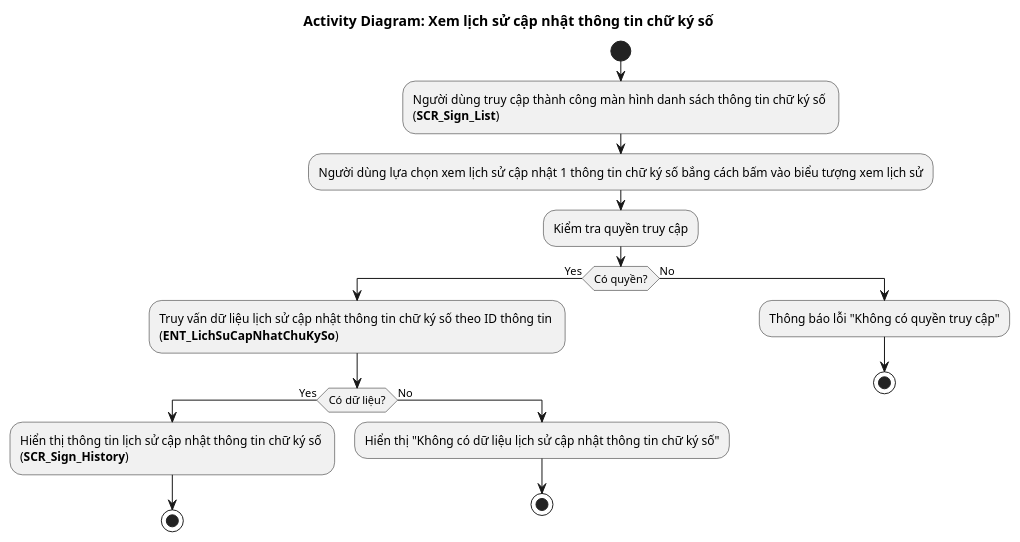
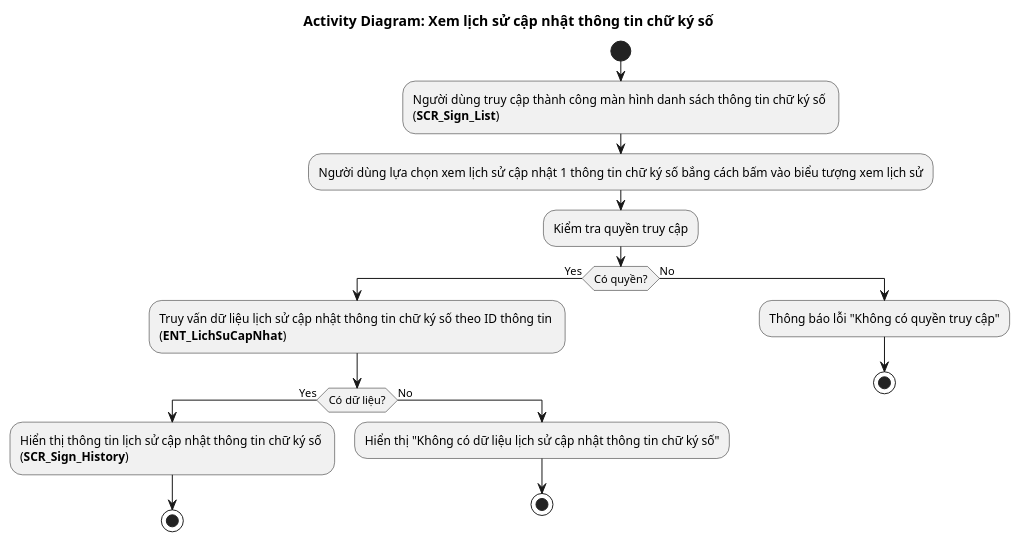
One commit to phuongpm23/nds-docs-test changed the diagram in Quản lý công chứng viên/4.usecases/ChuKySo/XemLichSu/AD_Sign_History.puml. Above: the diagram before and after it, drawn with PlantUML. The commit also changed 26 other files, not shown here.

Commit message:
Update ERD

```diff
--- a/Quản lý công chứng viên/4.usecases/ChuKySo/XemLichSu/AD_Sign_History.puml
+++ b/Quản lý công chứng viên/4.usecases/ChuKySo/XemLichSu/AD_Sign_History.puml
@@ -1,22 +1,22 @@
 @startuml AD_Sign_History
 !pragma layout smetana
 title Activity Diagram: Xem lịch sử cập nhật thông tin chữ ký số
 
 start
 :Người dùng truy cập thành công màn hình danh sách thông tin chữ ký số \n(**SCR_Sign_List**);
 :Người dùng lựa chọn xem lịch sử cập nhật 1 thông tin chữ ký số bắng cách bấm vào biểu tượng xem lịch sử;
 :Kiểm tra quyền truy cập;
 if (Có quyền?) then (Yes)
-  :Truy vấn dữ liệu lịch sử cập nhật thông tin chữ ký số theo ID thông tin \n(**ENT_LichSuCapNhatChuKySo**);
+  :Truy vấn dữ liệu lịch sử cập nhật thông tin chữ ký số theo ID thông tin \n(**ENT_LichSuCapNhat**);
   if (Có dữ liệu?) then (Yes)
     :Hiển thị thông tin lịch sử cập nhật thông tin chữ ký số \n(**SCR_Sign_History**);
     stop
   else (No)
     :Hiển thị "Không có dữ liệu lịch sử cập nhật thông tin chữ ký số";
     stop
   endif
 else (No)
   :Thông báo lỗi "Không có quyền truy cập";
   stop
 endif
 @enduml
```
